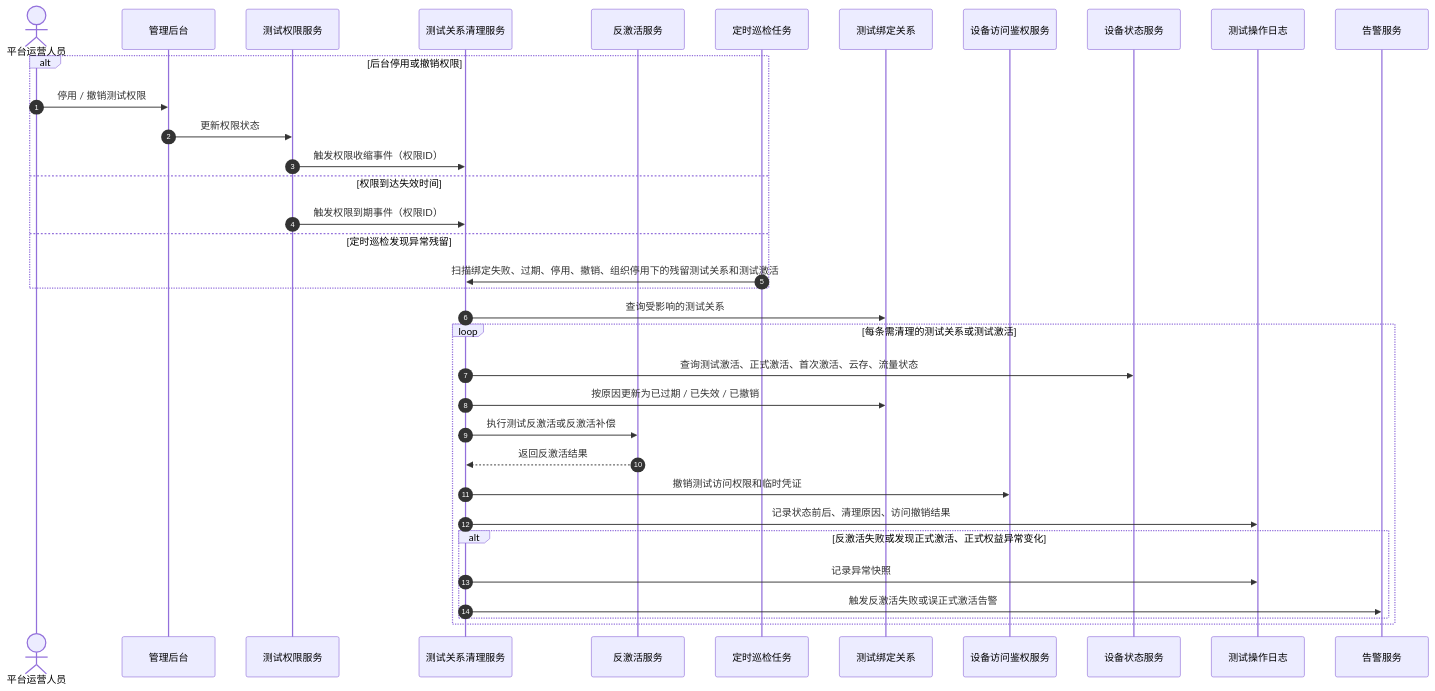
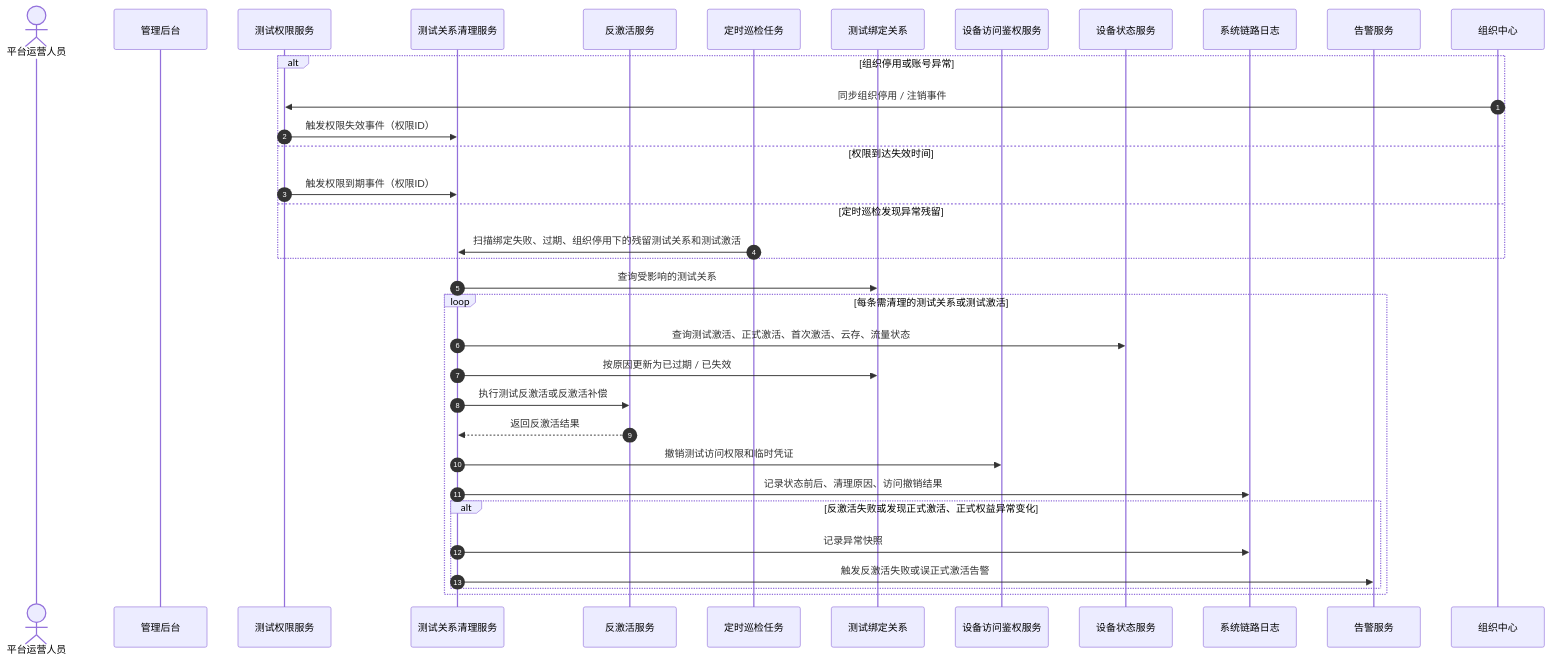
One commit to tangtangtang-tys/Equipment-Center-all changed the third of 4 diagrams in 设备中心/产品文档/0706-设备反激活/经销商测试免激活需求方案评审稿.md. Above: the diagram before and after it, drawn with Mermaid. The commit also changed other lines of this file and 9 other files, not shown here.

````diff
--- a/设备中心/产品文档/0706-设备反激活/经销商测试免激活需求方案评审稿.md
+++ b/设备中心/产品文档/0706-设备反激活/经销商测试免激活需求方案评审稿.md
@@ -693,40 +676,39 @@
 ```mermaid
 sequenceDiagram
     autonumber
     actor 平台运营人员
     participant 管理后台
     participant 测试权限服务
     participant 测试关系清理服务
     participant 反激活服务
     participant 定时巡检任务
     participant 测试绑定关系
     participant 设备访问鉴权服务
     participant 设备状态服务
-    participant 测试操作日志
+    participant 系统链路日志
     participant 告警服务
 
-    alt 后台停用或撤销权限
-        平台运营人员->>管理后台: 停用 / 撤销测试权限
-        管理后台->>测试权限服务: 更新权限状态
-        测试权限服务->>测试关系清理服务: 触发权限收缩事件（权限ID）
+    alt 组织停用或账号异常
+        组织中心->>测试权限服务: 同步组织停用 / 注销事件
+        测试权限服务->>测试关系清理服务: 触发权限失效事件（权限ID）
     else 权限到达失效时间
         测试权限服务->>测试关系清理服务: 触发权限到期事件（权限ID）
     else 定时巡检发现异常残留
-        定时巡检任务->>测试关系清理服务: 扫描绑定失败、过期、停用、撤销、组织停用下的残留测试关系和测试激活
+        定时巡检任务->>测试关系清理服务: 扫描绑定失败、过期、组织停用下的残留测试关系和测试激活
     end
 
     测试关系清理服务->>测试绑定关系: 查询受影响的测试关系
     loop 每条需清理的测试关系或测试激活
         测试关系清理服务->>设备状态服务: 查询测试激活、正式激活、首次激活、云存、流量状态
-        测试关系清理服务->>测试绑定关系: 按原因更新为已过期 / 已失效 / 已撤销
+        测试关系清理服务->>测试绑定关系: 按原因更新为已过期 / 已失效
         测试关系清理服务->>反激活服务: 执行测试反激活或反激活补偿
         反激活服务-->>测试关系清理服务: 返回反激活结果
         测试关系清理服务->>设备访问鉴权服务: 撤销测试访问权限和临时凭证
-        测试关系清理服务->>测试操作日志: 记录状态前后、清理原因、访问撤销结果
+        测试关系清理服务->>系统链路日志: 记录状态前后、清理原因、访问撤销结果
 
         alt 反激活失败或发现正式激活、正式权益异常变化
-            测试关系清理服务->>测试操作日志: 记录异常快照
+            测试关系清理服务->>系统链路日志: 记录异常快照
             测试关系清理服务->>告警服务: 触发反激活失败或误正式激活告警
         end
     end
 ```
````
